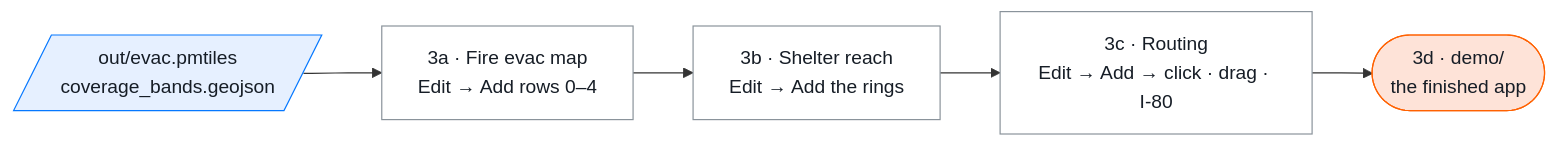
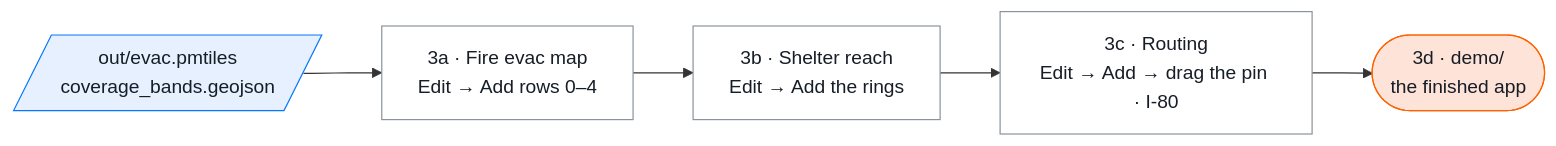
The fifth of 6 diagrams in README.md (vishal4c/routes-to-safety-workshop), drawn with Mermaid before and after one commit. The commit also changed other lines of this file and 4 other files, not shown here.

Commit message:
Phase 4 fixes from the San Diego run-through: versions.env parser tolerates inline comments (make-coverage.py, build.ps1); README step 1 block comments on own lines, pmtiles --metadata for layers, drag-not-click for routing, id suffixes/noisy candidates, timings; Edit-panel routing label

````diff
--- a/README.md
+++ b/README.md
@@ -501,14 +501,14 @@
 ```mermaid
 flowchart LR
   classDef file fill:#E6F0FF,stroke:#0678FF,color:#161D26
   classDef step fill:#FFFFFF,stroke:#8A939B,color:#161D26
   classDef chk  fill:#E6F5EA,stroke:#2E8B57,color:#161D26
   classDef out  fill:#FEE3D8,stroke:#FF6101,color:#161D26
 
   PM[/"out/evac.pmtiles<br/>coverage_bands.geojson"/]:::file
   S["3a · Fire evac map<br/>Edit → Add rows 0–4"]:::step
   V["3b · Shelter reach<br/>Edit → Add the rings"]:::step
-  R["3c · Routing<br/>Edit → Add → click · drag · I-80"]:::step
+  R["3c · Routing<br/>Edit → Add → drag the pin · I-80"]:::step
   D(["3d · demo/<br/>the finished app"]):::out
   PM --> S --> V --> R --> D
 ```
````
